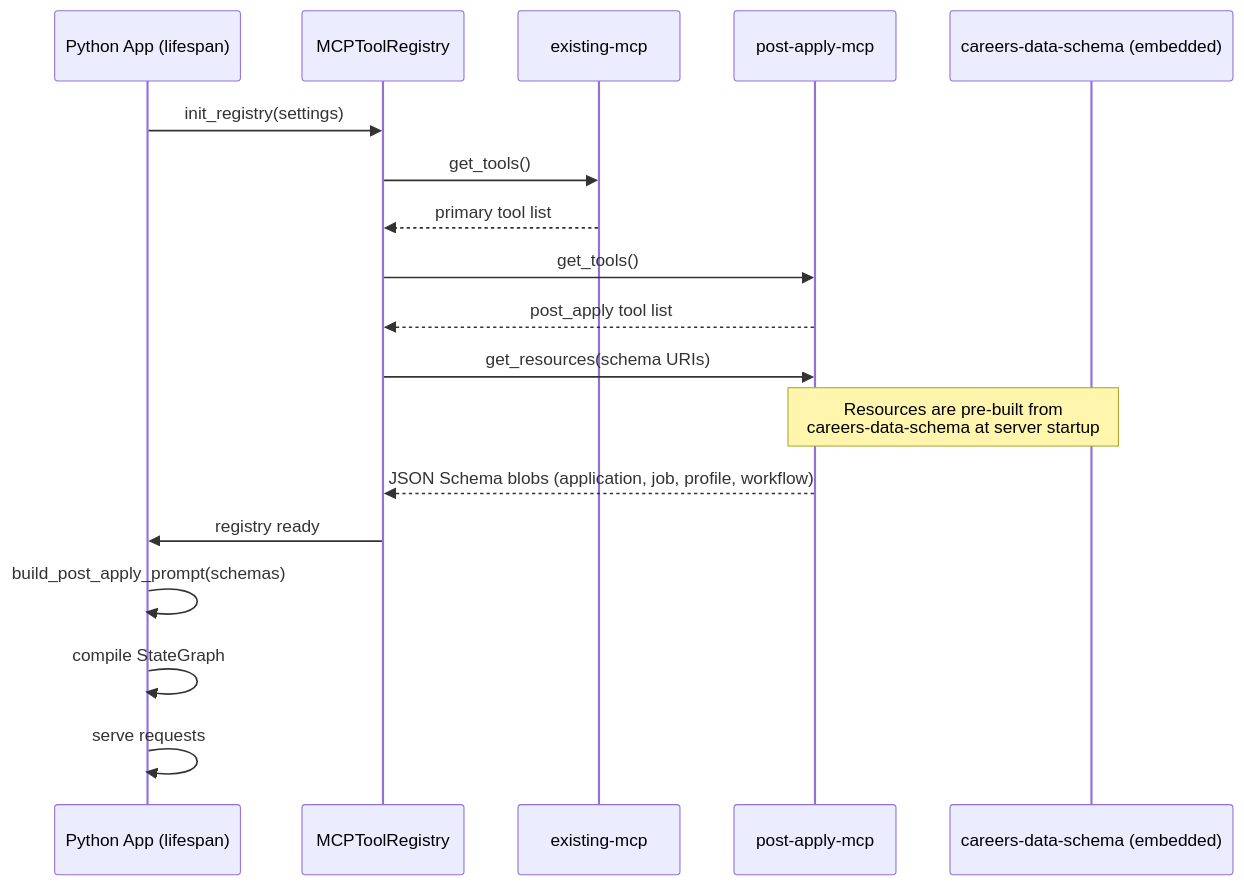
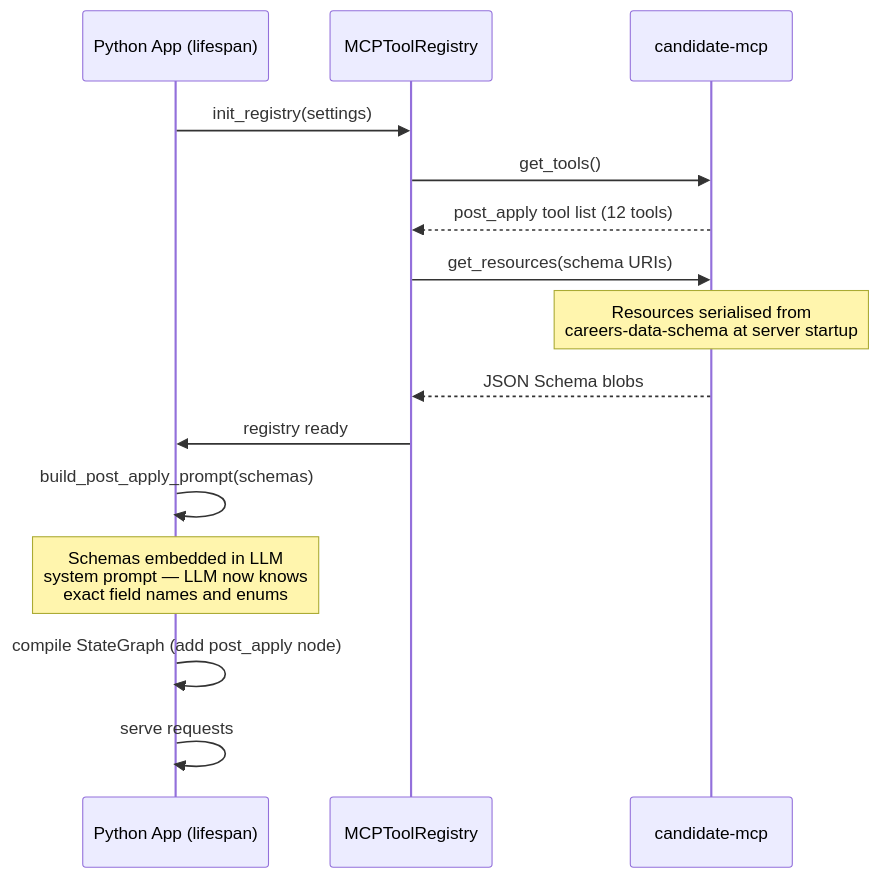
Diagram 12 of 32 in docs/post-apply-assistant-lld.md (venkat-raman17/candidate-agent), drawn with Mermaid before and after one commit. The commit also changed other lines of this file, not shown here.

Commit message:
docs: update LLD for post apply assistant

````diff
--- a/docs/post-apply-assistant-lld.md
+++ b/docs/post-apply-assistant-lld.md
@@ -379,21 +658,18 @@
 ```mermaid
 sequenceDiagram
     participant App as Python App (lifespan)
     participant Reg as MCPToolRegistry
-    participant ExMCP as existing-mcp
-    participant PAMCP as post-apply-mcp
-    participant CDS as careers-data-schema (embedded)
+    participant CMCP as candidate-mcp
 
     App->>Reg: init_registry(settings)
-    Reg->>ExMCP: get_tools()
-    ExMCP-->>Reg: primary tool list
-    Reg->>PAMCP: get_tools()
-    PAMCP-->>Reg: post_apply tool list
-    Reg->>PAMCP: get_resources(schema URIs)
-    note over PAMCP,CDS: Resources are pre-built from<br/>careers-data-schema at server startup
-    PAMCP-->>Reg: JSON Schema blobs (application, job, profile, workflow)
+    Reg->>CMCP: get_tools()
+    CMCP-->>Reg: post_apply tool list (12 tools)
+    Reg->>CMCP: get_resources(schema URIs)
+    note over CMCP: Resources serialised from<br/>careers-data-schema at server startup
+    CMCP-->>Reg: JSON Schema blobs
     Reg->>App: registry ready
     App->>App: build_post_apply_prompt(schemas)
-    App->>App: compile StateGraph
+    note over App: Schemas embedded in LLM<br/>system prompt — LLM now knows<br/>exact field names and enums
+    App->>App: compile StateGraph (add post_apply node)
     App->>App: serve requests
 ```
````
